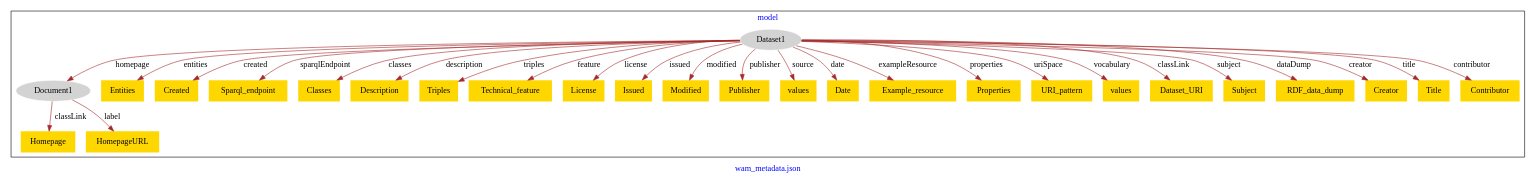
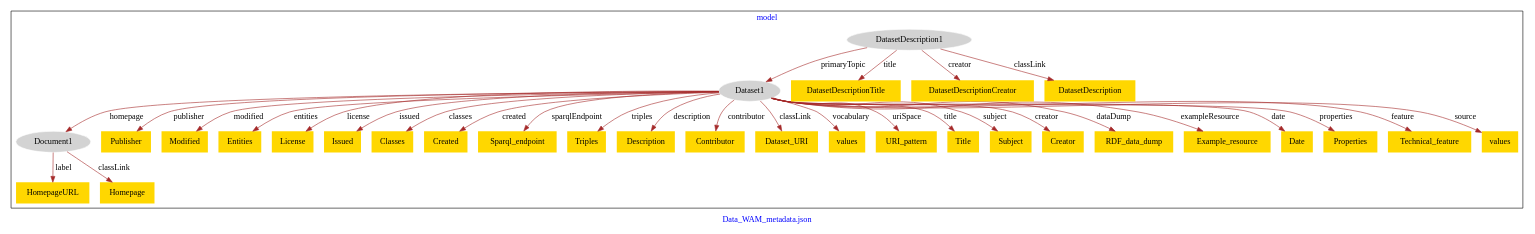
Before and after one commit to american-art/wam: the diagram in WAM_AAC_VoIDDescription/WAM_Metadata-model.dot, drawn with Graphviz.

Commit message:
Update file WAM_Metadata-model.dot

```diff
--- a/WAM_AAC_VoIDDescription/WAM_Metadata-model.dot
+++ b/WAM_AAC_VoIDDescription/WAM_Metadata-model.dot
@@ -1,61 +1,69 @@
 digraph n0 {
 fontcolor="blue"
 remincross="true"
-label="wam_metadata.json"
+label="Data_WAM_metadata.json"
 subgraph cluster {
 label="model"
 n2[style="filled",color="white",fillcolor="lightgray",label="Dataset1"];
 n3[style="filled",color="white",fillcolor="lightgray",label="Document1"];
-n4[shape="plaintext",style="filled",fillcolor="gold",label="Homepage"];
-n5[shape="plaintext",style="filled",fillcolor="gold",label="Entities"];
-n6[shape="plaintext",style="filled",fillcolor="gold",label="Created"];
-n7[shape="plaintext",style="filled",fillcolor="gold",label="Sparql_endpoint"];
-n8[shape="plaintext",style="filled",fillcolor="gold",label="Classes"];
-n9[shape="plaintext",style="filled",fillcolor="gold",label="Description"];
-n10[shape="plaintext",style="filled",fillcolor="gold",label="Triples"];
-n11[shape="plaintext",style="filled",fillcolor="gold",label="Technical_feature"];
-n12[shape="plaintext",style="filled",fillcolor="gold",label="License"];
-n13[shape="plaintext",style="filled",fillcolor="gold",label="Issued"];
-n14[shape="plaintext",style="filled",fillcolor="gold",label="Modified"];
-n15[shape="plaintext",style="filled",fillcolor="gold",label="Publisher"];
-n16[shape="plaintext",style="filled",fillcolor="gold",label="values"];
-n17[shape="plaintext",style="filled",fillcolor="gold",label="Date"];
-n18[shape="plaintext",style="filled",fillcolor="gold",label="Example_resource"];
-n19[shape="plaintext",style="filled",fillcolor="gold",label="Properties"];
-n20[shape="plaintext",style="filled",fillcolor="gold",label="URI_pattern"];
+n4[style="filled",color="white",fillcolor="lightgray",label="DatasetDescription1"];
+n5[shape="plaintext",style="filled",fillcolor="gold",label="Publisher"];
+n6[shape="plaintext",style="filled",fillcolor="gold",label="HomepageURL"];
+n7[shape="plaintext",style="filled",fillcolor="gold",label="Modified"];
+n8[shape="plaintext",style="filled",fillcolor="gold",label="Entities"];
+n9[shape="plaintext",style="filled",fillcolor="gold",label="License"];
+n10[shape="plaintext",style="filled",fillcolor="gold",label="Issued"];
+n11[shape="plaintext",style="filled",fillcolor="gold",label="Classes"];
+n12[shape="plaintext",style="filled",fillcolor="gold",label="DatasetDescriptionTitle"];
+n13[shape="plaintext",style="filled",fillcolor="gold",label="Created"];
+n14[shape="plaintext",style="filled",fillcolor="gold",label="Sparql_endpoint"];
+n15[shape="plaintext",style="filled",fillcolor="gold",label="Homepage"];
+n16[shape="plaintext",style="filled",fillcolor="gold",label="Triples"];
+n17[shape="plaintext",style="filled",fillcolor="gold",label="Description"];
+n18[shape="plaintext",style="filled",fillcolor="gold",label="DatasetDescriptionCreator"];
+n19[shape="plaintext",style="filled",fillcolor="gold",label="Contributor"];
+n20[shape="plaintext",style="filled",fillcolor="gold",label="Dataset_URI"];
 n21[shape="plaintext",style="filled",fillcolor="gold",label="values"];
-n22[shape="plaintext",style="filled",fillcolor="gold",label="Dataset_URI"];
-n23[shape="plaintext",style="filled",fillcolor="gold",label="Subject"];
-n24[shape="plaintext",style="filled",fillcolor="gold",label="RDF_data_dump"];
-n25[shape="plaintext",style="filled",fillcolor="gold",label="Creator"];
-n26[shape="plaintext",style="filled",fillcolor="gold",label="Title"];
-n27[shape="plaintext",style="filled",fillcolor="gold",label="HomepageURL"];
-n28[shape="plaintext",style="filled",fillcolor="gold",label="Contributor"];
+n22[shape="plaintext",style="filled",fillcolor="gold",label="DatasetDescription"];
+n23[shape="plaintext",style="filled",fillcolor="gold",label="URI_pattern"];
+n24[shape="plaintext",style="filled",fillcolor="gold",label="Title"];
+n25[shape="plaintext",style="filled",fillcolor="gold",label="Subject"];
+n26[shape="plaintext",style="filled",fillcolor="gold",label="Creator"];
+n27[shape="plaintext",style="filled",fillcolor="gold",label="RDF_data_dump"];
+n28[shape="plaintext",style="filled",fillcolor="gold",label="Example_resource"];
+n29[shape="plaintext",style="filled",fillcolor="gold",label="Date"];
+n30[shape="plaintext",style="filled",fillcolor="gold",label="Properties"];
+n31[shape="plaintext",style="filled",fillcolor="gold",label="Technical_feature"];
+n32[shape="plaintext",style="filled",fillcolor="gold",label="values"];
 }
 n2 -> n3[color="brown",fontcolor="black",label="homepage"]
-n3 -> n4[color="brown",fontcolor="black",label="classLink"]
-n2 -> n5[color="brown",fontcolor="black",label="entities"]
-n2 -> n6[color="brown",fontcolor="black",label="created"]
-n2 -> n7[color="brown",fontcolor="black",label="sparqlEndpoint"]
-n2 -> n8[color="brown",fontcolor="black",label="classes"]
-n2 -> n9[color="brown",fontcolor="black",label="description"]
-n2 -> n10[color="brown",fontcolor="black",label="triples"]
-n2 -> n11[color="brown",fontcolor="black",label="feature"]
-n2 -> n12[color="brown",fontcolor="black",label="license"]
-n2 -> n13[color="brown",fontcolor="black",label="issued"]
-n2 -> n14[color="brown",fontcolor="black",label="modified"]
-n2 -> n15[color="brown",fontcolor="black",label="publisher"]
-n2 -> n16[color="brown",fontcolor="black",label="source"]
-n2 -> n17[color="brown",fontcolor="black",label="date"]
-n2 -> n18[color="brown",fontcolor="black",label="exampleResource"]
-n2 -> n19[color="brown",fontcolor="black",label="properties"]
-n2 -> n20[color="brown",fontcolor="black",label="uriSpace"]
+n4 -> n2[color="brown",fontcolor="black",label="primaryTopic"]
+n2 -> n5[color="brown",fontcolor="black",label="publisher"]
+n3 -> n6[color="brown",fontcolor="black",label="label"]
+n2 -> n7[color="brown",fontcolor="black",label="modified"]
+n2 -> n8[color="brown",fontcolor="black",label="entities"]
+n2 -> n9[color="brown",fontcolor="black",label="license"]
+n2 -> n10[color="brown",fontcolor="black",label="issued"]
+n2 -> n11[color="brown",fontcolor="black",label="classes"]
+n4 -> n12[color="brown",fontcolor="black",label="title"]
+n2 -> n13[color="brown",fontcolor="black",label="created"]
+n2 -> n14[color="brown",fontcolor="black",label="sparqlEndpoint"]
+n3 -> n15[color="brown",fontcolor="black",label="classLink"]
+n2 -> n16[color="brown",fontcolor="black",label="triples"]
+n2 -> n17[color="brown",fontcolor="black",label="description"]
+n4 -> n18[color="brown",fontcolor="black",label="creator"]
+n2 -> n19[color="brown",fontcolor="black",label="contributor"]
+n2 -> n20[color="brown",fontcolor="black",label="classLink"]
 n2 -> n21[color="brown",fontcolor="black",label="vocabulary"]
-n2 -> n22[color="brown",fontcolor="black",label="classLink"]
-n2 -> n23[color="brown",fontcolor="black",label="subject"]
-n2 -> n24[color="brown",fontcolor="black",label="dataDump"]
-n2 -> n25[color="brown",fontcolor="black",label="creator"]
-n2 -> n26[color="brown",fontcolor="black",label="title"]
-n3 -> n27[color="brown",fontcolor="black",label="label"]
-n2 -> n28[color="brown",fontcolor="black",label="contributor"]
+n4 -> n22[color="brown",fontcolor="black",label="classLink"]
+n2 -> n23[color="brown",fontcolor="black",label="uriSpace"]
+n2 -> n24[color="brown",fontcolor="black",label="title"]
+n2 -> n25[color="brown",fontcolor="black",label="subject"]
+n2 -> n26[color="brown",fontcolor="black",label="creator"]
+n2 -> n27[color="brown",fontcolor="black",label="dataDump"]
+n2 -> n28[color="brown",fontcolor="black",label="exampleResource"]
+n2 -> n29[color="brown",fontcolor="black",label="date"]
+n2 -> n30[color="brown",fontcolor="black",label="properties"]
+n2 -> n31[color="brown",fontcolor="black",label="feature"]
+n2 -> n32[color="brown",fontcolor="black",label="source"]
 }
```
